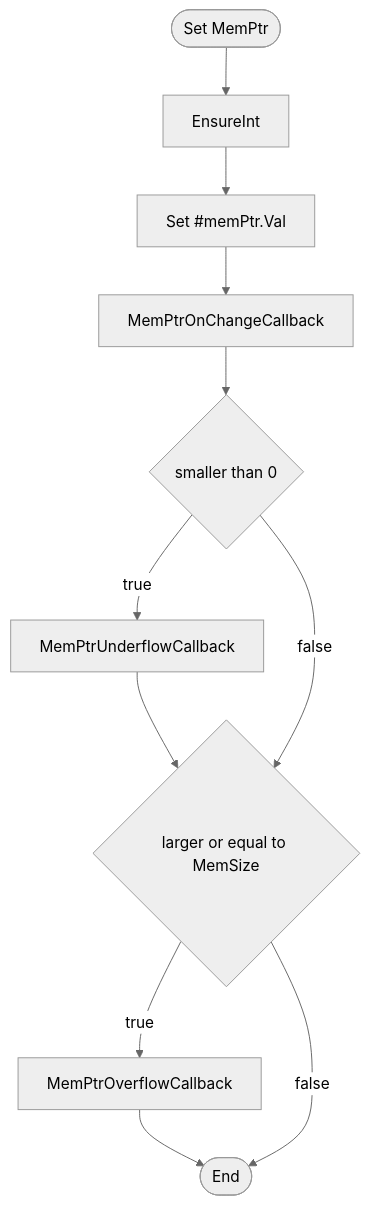
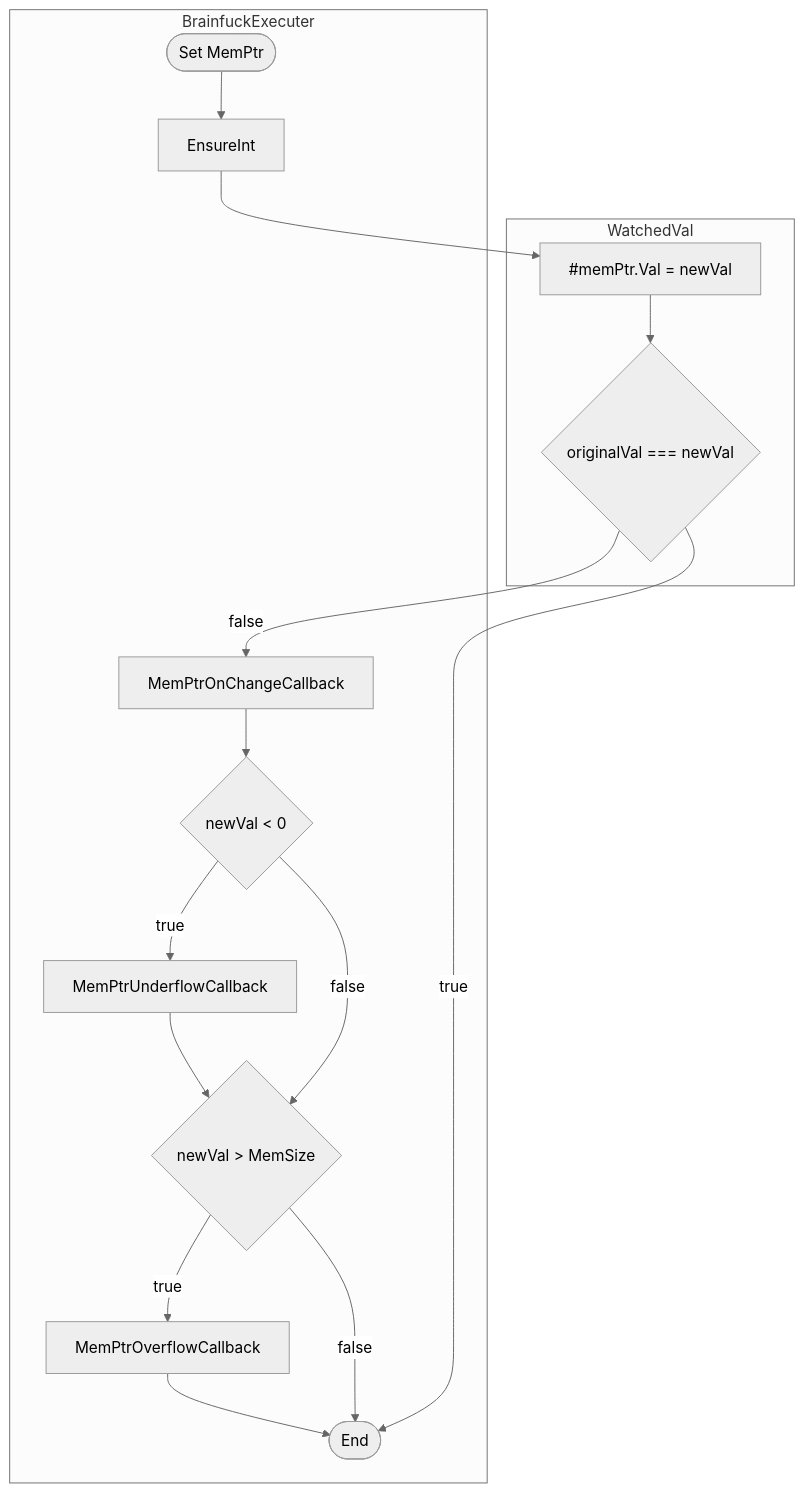
The fourth of 25 diagrams in src/Classes_Info/BrainfuckExecuter.md (BCS21090011/BrainFucker), drawn with Mermaid (neutral theme) before and after one commit. The commit also changed other lines of this file and 1 other file, not shown here.

Commit message:
Redo charts for CIndex and MemPtr setter. Corrected EnsureInRange bug in CIndex setter.

````diff
--- a/src/Classes_Info/BrainfuckExecuter.md
+++ b/src/Classes_Info/BrainfuckExecuter.md
@@ -155,27 +183,48 @@
     ```mermaid
     flowchart
+        subgraph WatchedVal
+            SetMemPtr[#memPtr.Val = newVal]
+            WatchedValCheckSameVal{originalVal === newVal}
+        end
 
-    Start([Set MemPtr])
-    -->
-    EnsureInt
-    -->
-    SetmemPtr[Set #memPtr.Val]
-    -->
-    MemPtrOnChangeCallback
-    -->
-    SmallerCheck{smaller than 0}
-    --true-->
-    MemPtrUnderflowCallback
-    -->
-    LargerCheck
-    SmallerCheck
-    --false--> 
-    LargerCheck{larger or equal to MemSize}
-    --true-->
-    MemPtrOverflowCallback
-    -->
-    End([End])
-    LargerCheck
-    --false-->
-    End
+        subgraph BrainfuckExecuter
+            Start([Set MemPtr])
+            EnsureInt
+            MemPtrOnChangeCallback
+            IsNewValUnderflow{newVal < 0}
+            MemPtrUnderflowCallback
+            IsNewValOverflow{newVal > MemSize}
+            MemPtrOverflowCallback
+            End([End])
+        end
+
+        Start
+        -->
+        EnsureInt
+        -->
+        SetMemPtr
+        -->
+        WatchedValCheckSameVal
+        --false-->
+        MemPtrOnChangeCallback
+        -->
+        IsNewValUnderflow
+        --true-->
+        MemPtrUnderflowCallback
+        -->
+        IsNewValOverflow
+        --true-->
+        MemPtrOverflowCallback
+        -->
+        End
+        
+        WatchedValCheckSameVal
+        --true-->
+        End
+
+        IsNewValUnderflow
+        --false-->
+        IsNewValOverflow
+        --false-->
+        End
     ```
````
